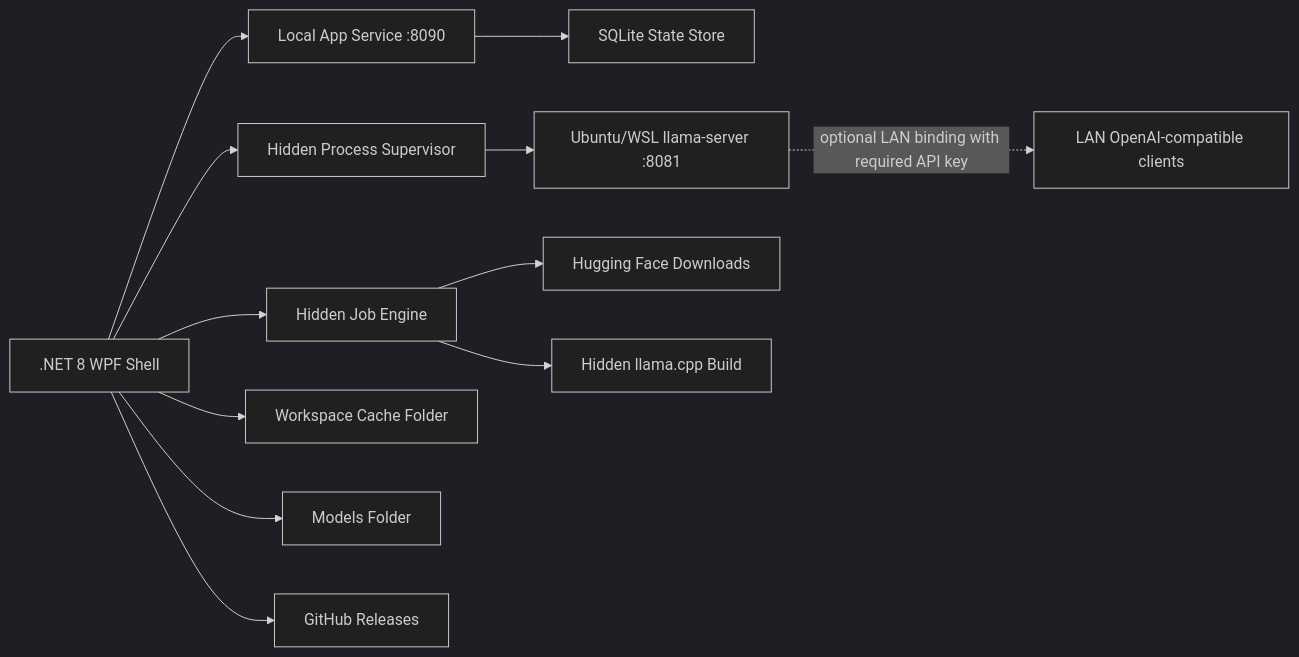
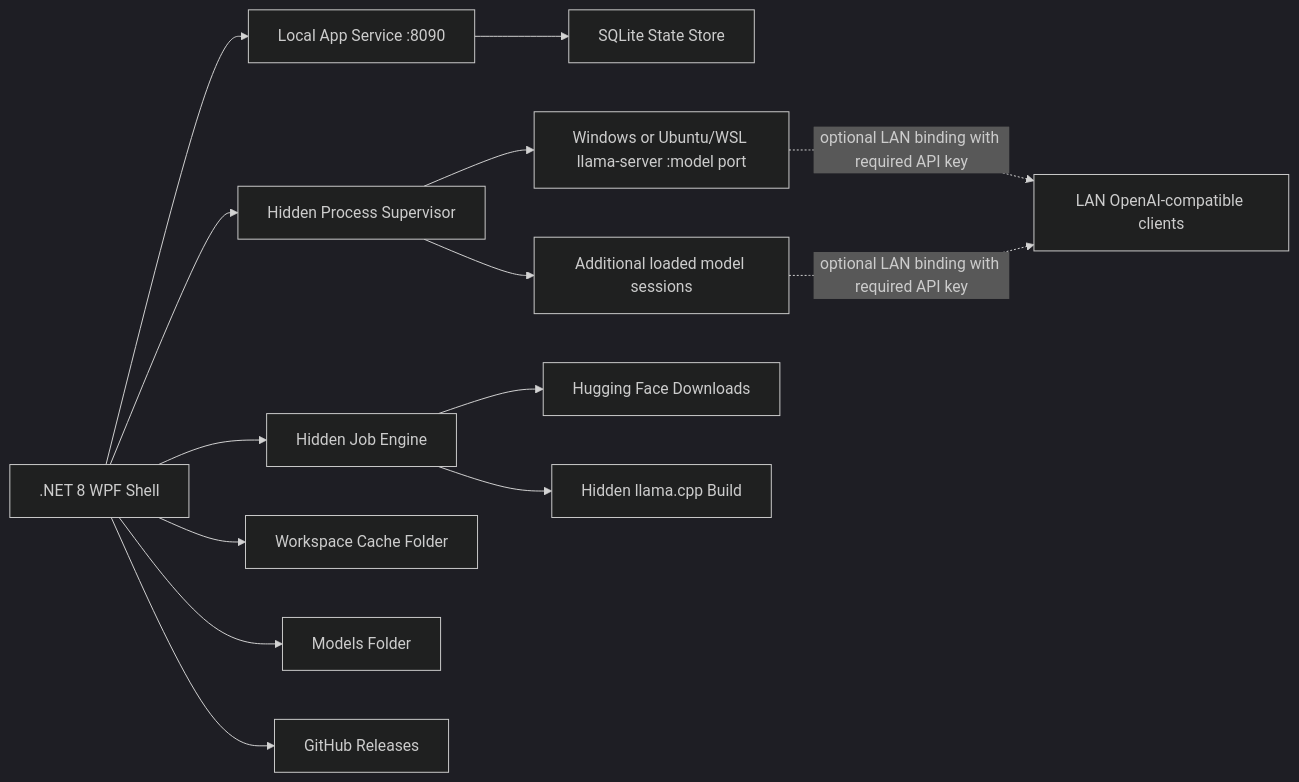
One commit to Meggypistillate161/llama-cpp-windows-manager changed the diagram in docs/ARCHITECTURE.md. Above: the diagram before and after it, drawn with Mermaid (dark theme). The commit also changed other lines of this file and 111 other files, not shown here.

````diff
--- a/docs/ARCHITECTURE.md
+++ b/docs/ARCHITECTURE.md
@@ -29,14 +29,16 @@
 ```mermaid
 flowchart LR
   UI[".NET 8 WPF Shell"] --> API["Local App Service :8090"]
   API --> DB["SQLite State Store"]
   UI --> Jobs["Hidden Job Engine"]
   UI --> Supervisor["Hidden Process Supervisor"]
-  Supervisor --> Runtime["Ubuntu/WSL llama-server :8081"]
-  Runtime -. "optional LAN binding with required API key" .-> LAN["LAN OpenAI-compatible clients"]
+  Supervisor --> RuntimeA["Windows or Ubuntu/WSL llama-server :model port"]
+  Supervisor --> RuntimeB["Additional loaded model sessions"]
+  RuntimeA -. "optional LAN binding with required API key" .-> LAN["LAN OpenAI-compatible clients"]
+  RuntimeB -. "optional LAN binding with required API key" .-> LAN
   Jobs --> HF["Hugging Face Downloads"]
   Jobs --> Build["Hidden llama.cpp Build"]
   UI --> Cache["Workspace Cache Folder"]
   UI --> Models["Models Folder"]
   UI --> Updates["GitHub Releases"]
 ```
````
